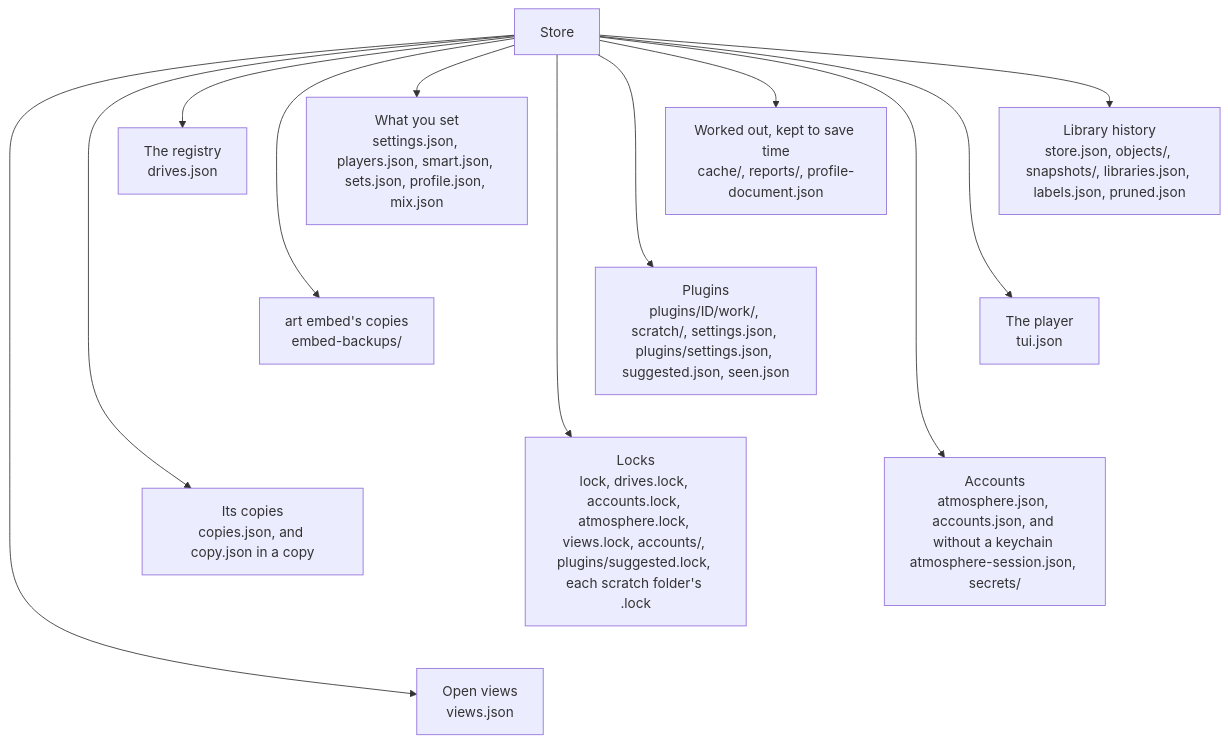
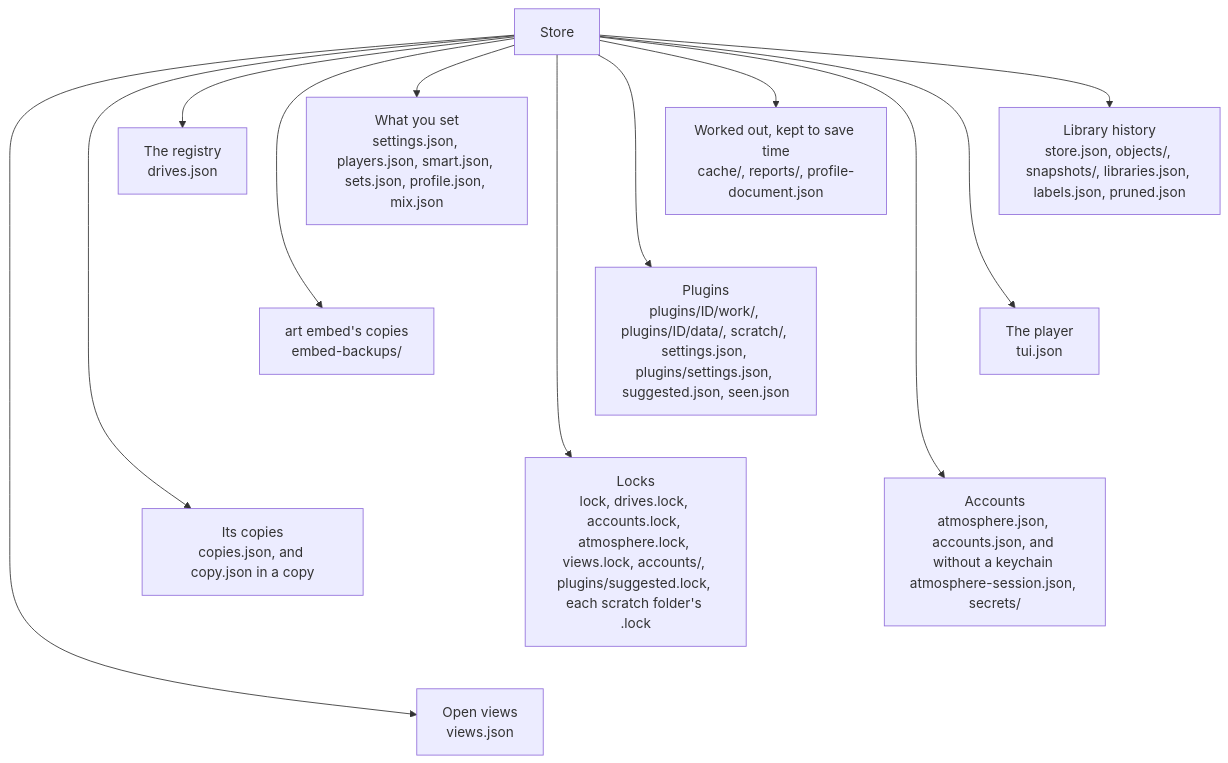
Before and after one commit to cutenode/localnetwork: the second of 18 diagrams in apps/locallibrary/docs/diagrams/store-and-drives.md, drawn with Mermaid. The commit also changed 3 other files, not shown here.

First line of the commit message:
docs(locallibrary): draw planned plugin commands in the diagrams

````diff
--- a/apps/locallibrary/docs/diagrams/store-and-drives.md
+++ b/apps/locallibrary/docs/diagrams/store-and-drives.md
@@ -61,22 +61,22 @@
 ```mermaid
 flowchart TD
     hub["Store"]
     hub --> history["Library history<br/>store.json, objects/, snapshots/, libraries.json, labels.json, pruned.json"]
     hub --> yours["What you set<br/>settings.json, players.json, smart.json, sets.json, profile.json, mix.json"]
     hub --> registry["The registry<br/>drives.json"]
     hub --> worked["Worked out, kept to save time<br/>cache/, reports/, profile-document.json"]
     hub --> player["The player<br/>tui.json"]
     hub --> art["art embed's copies<br/>embed-backups/"]
-    hub --> plugins["Plugins<br/>plugins/ID/work/, scratch/, settings.json, plugins/settings.json, suggested.json, seen.json"]
+    hub --> plugins["Plugins<br/>plugins/ID/work/, plugins/ID/data/, scratch/, settings.json, plugins/settings.json, suggested.json, seen.json"]
     hub --> accounts["Accounts<br/>atmosphere.json, accounts.json, and without a keychain atmosphere-session.json, secrets/"]
     hub --> copies["Its copies<br/>copies.json, and copy.json in a copy"]
     hub --> locks["Locks<br/>lock, drives.lock, accounts.lock, atmosphere.lock, views.lock, accounts/, plugins/suggested.lock, each scratch folder's .lock"]
     hub --> views["Open views<br/>views.json"]
     history ~~~ player
     yours ~~~ art
     worked ~~~ plugins
     player ~~~ accounts
     art ~~~ copies
     plugins ~~~ locks
     accounts ~~~ views
 ```
````
